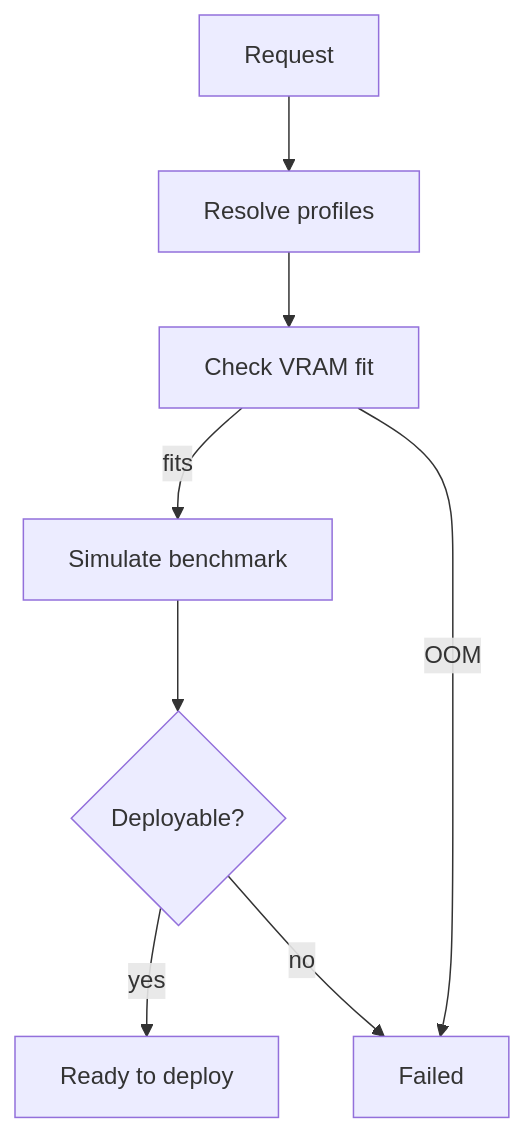
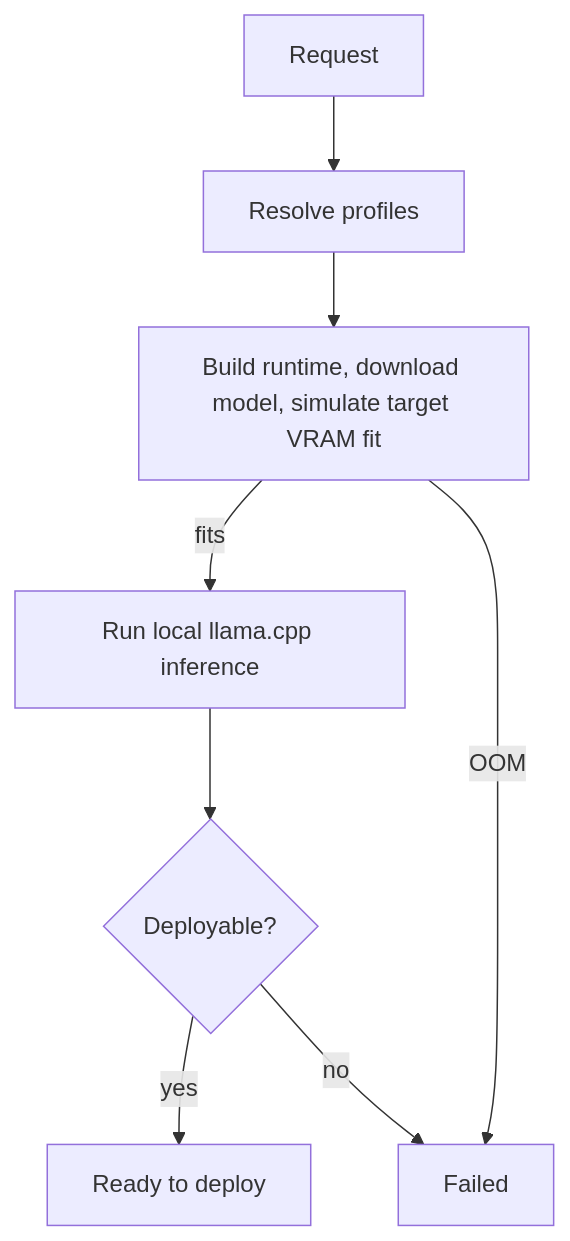
One commit to sidpasham/nim-factory-poc changed the second of 7 diagrams in README.md. Above: the diagram before and after it, drawn with Mermaid. The commit also changed other lines of this file and 31 other files, not shown here.

Commit message:
Add real time LLM compile and validation along with benckmarking using llama cpp

````diff
--- a/README.md
+++ b/README.md
@@ -86,18 +92,18 @@
 ```mermaid
 flowchart TB
     request[Request]
     profiles[Resolve profiles]
-    fit[Check VRAM fit]
-    bench[Simulate benchmark]
+    fit[Build runtime, download model, simulate target VRAM fit]
+    bench[Run local llama.cpp inference]
     decision{Deployable?}
     ready[Ready to deploy]
     failed[Failed]
 
     request --> profiles
     profiles --> fit
     fit -->|fits| bench
     fit -->|OOM| failed
     bench --> decision
     decision -->|yes| ready
     decision -->|no| failed
 ```
````
